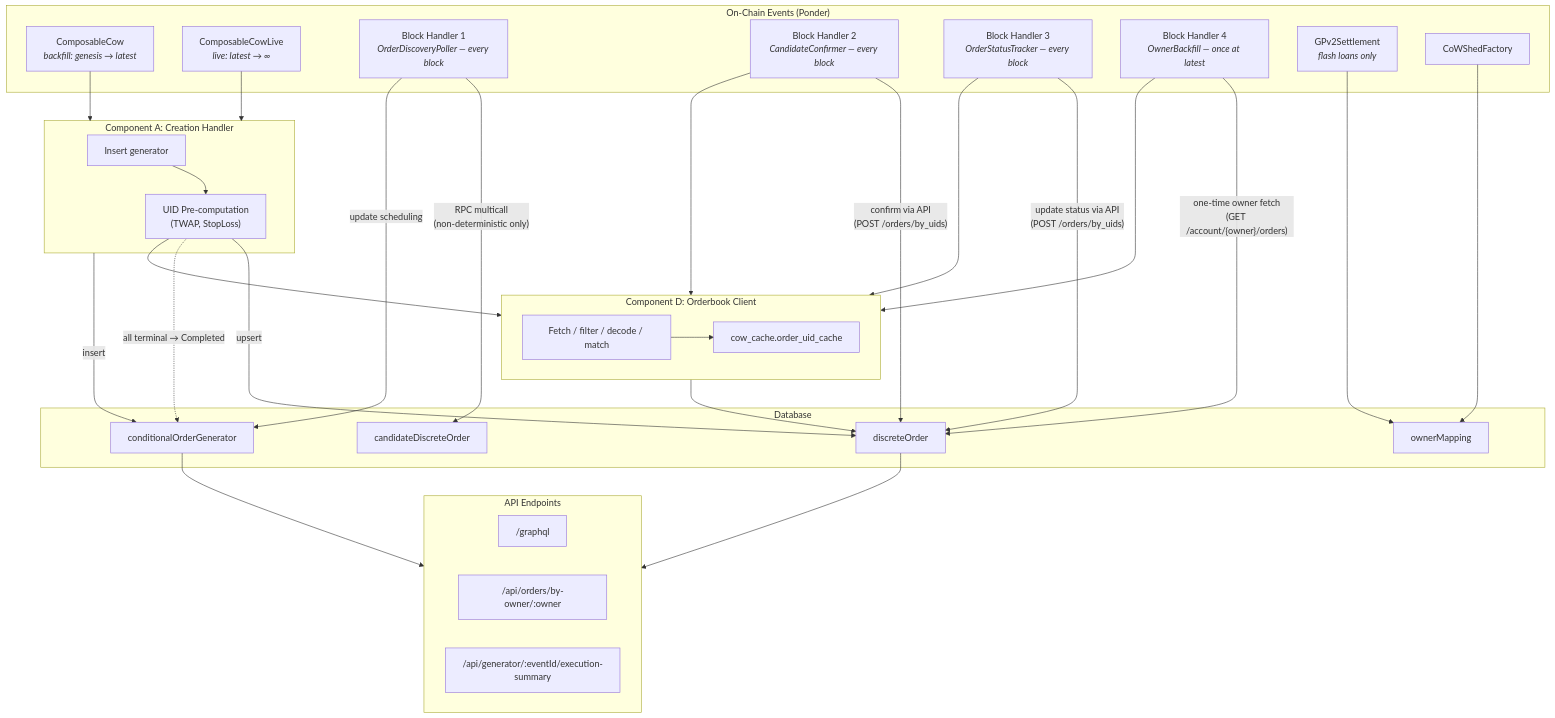
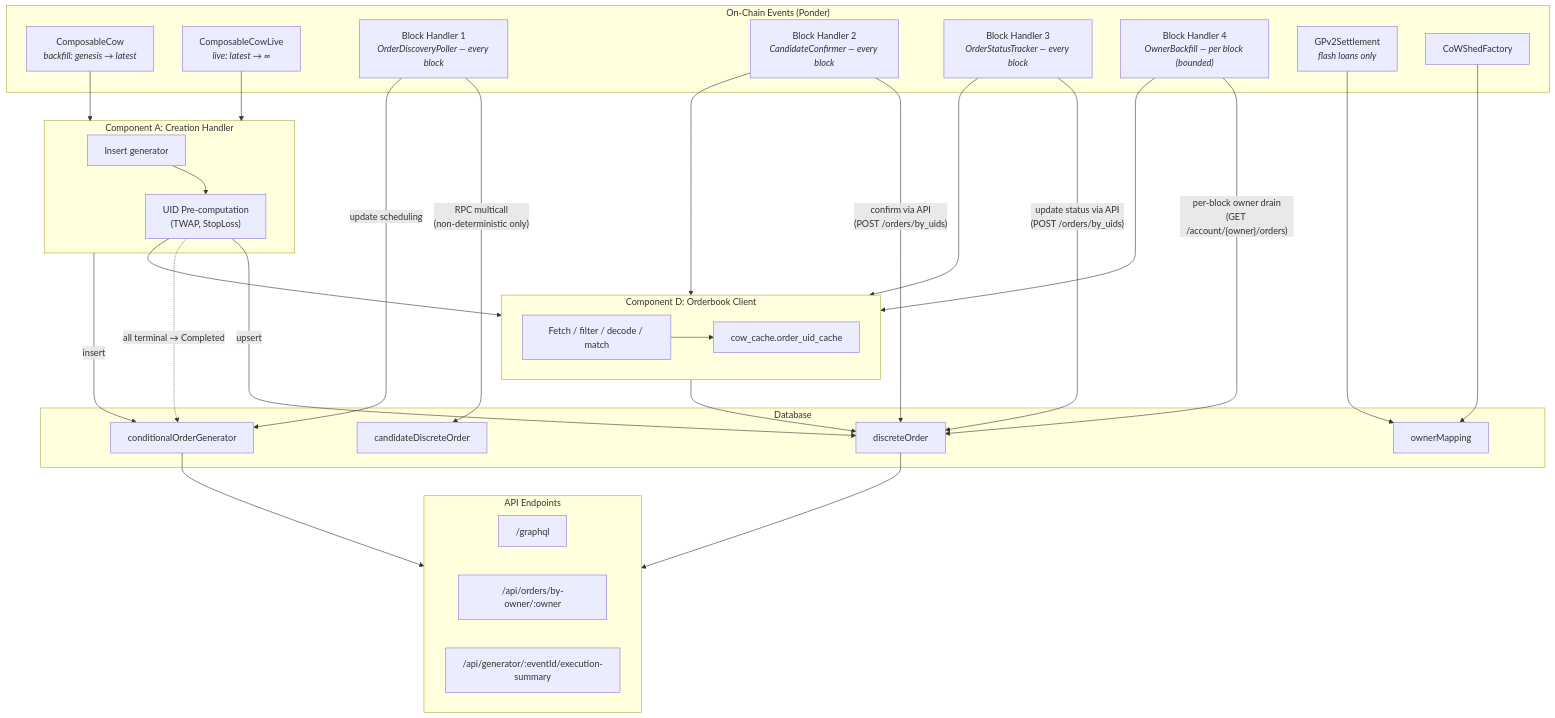
One commit to bleu/cow-programmatic-orders-api changed the first of 7 diagrams in agent_docs/orderbook-integration-flow.md. Above: the diagram before and after it, drawn with Mermaid. The commit also changed other lines of this file and 14 other files, not shown here.

First line of the commit message:
fix(backfill): drain full non-deterministic order history (COW-1117) (#112)

````diff
--- a/agent_docs/orderbook-integration-flow.md
+++ b/agent_docs/orderbook-integration-flow.md
@@ -395,60 +420,60 @@
 ```mermaid
 flowchart TB
     subgraph OnChain["On-Chain Events (Ponder)"]
         CC["ComposableCow<br/><i>backfill: genesis → latest</i>"]
         CCL["ComposableCowLive<br/><i>live: latest → ∞</i>"]
         BH1["Block Handler 1<br/><i>OrderDiscoveryPoller — every block</i>"]
         BH2["Block Handler 2<br/><i>CandidateConfirmer — every block</i>"]
         BH3["Block Handler 3<br/><i>OrderStatusTracker — every block</i>"]
-        BH4["Block Handler 4<br/><i>OwnerBackfill — once at latest</i>"]
+        BH4["Block Handler 4<br/><i>OwnerBackfill — per block (bounded)</i>"]
         GPV["GPv2Settlement<br/><i>flash loans only</i>"]
         CSF["CoWShedFactory"]
     end
 
     subgraph CompA["Component A: Creation Handler"]
         AH["Insert generator"]
         AB["UID Pre-computation<br/>(TWAP, StopLoss)"]
         AH --> AB
     end
 
     subgraph CompD["Component D: Orderbook Client"]
         DFetch["Fetch / filter / decode / match"]
         DCache["cow_cache.order_uid_cache"]
         DFetch --> DCache
     end
 
     subgraph DB["Database"]
         Gen["conditionalOrderGenerator"]
         Cand["candidateDiscreteOrder"]
         Disc["discreteOrder"]
         OMap["ownerMapping"]
     end
 
     subgraph CompE["API Endpoints"]
         EGql["/graphql"]
         EOwner["/api/orders/by-owner/:owner"]
         ESum["/api/generator/:eventId/execution-summary"]
     end
 
     CC & CCL --> CompA
     GPV & CSF --> OMap
 
     CompA -->|insert| Gen
     AB -->|upsert| Disc
     AB -.->|all terminal → Completed| Gen
 
     BH1 -->|"RPC multicall<br/>(non-deterministic only)"| Cand
     BH1 -->|update scheduling| Gen
     BH2 -->|"confirm via API<br/>(POST /orders/by_uids)"| Disc
     BH3 -->|"update status via API<br/>(POST /orders/by_uids)"| Disc
-    BH4 -->|"one-time owner fetch<br/>(GET /account/{owner}/orders)"| Disc
+    BH4 -->|"per-block owner drain<br/>(GET /account/{owner}/orders)"| Disc
 
     CompD --> Disc
     AB --> CompD
     BH2 --> CompD
     BH3 --> CompD
     BH4 --> CompD
 
     Disc --> CompE
     Gen --> CompE
 ```
````
